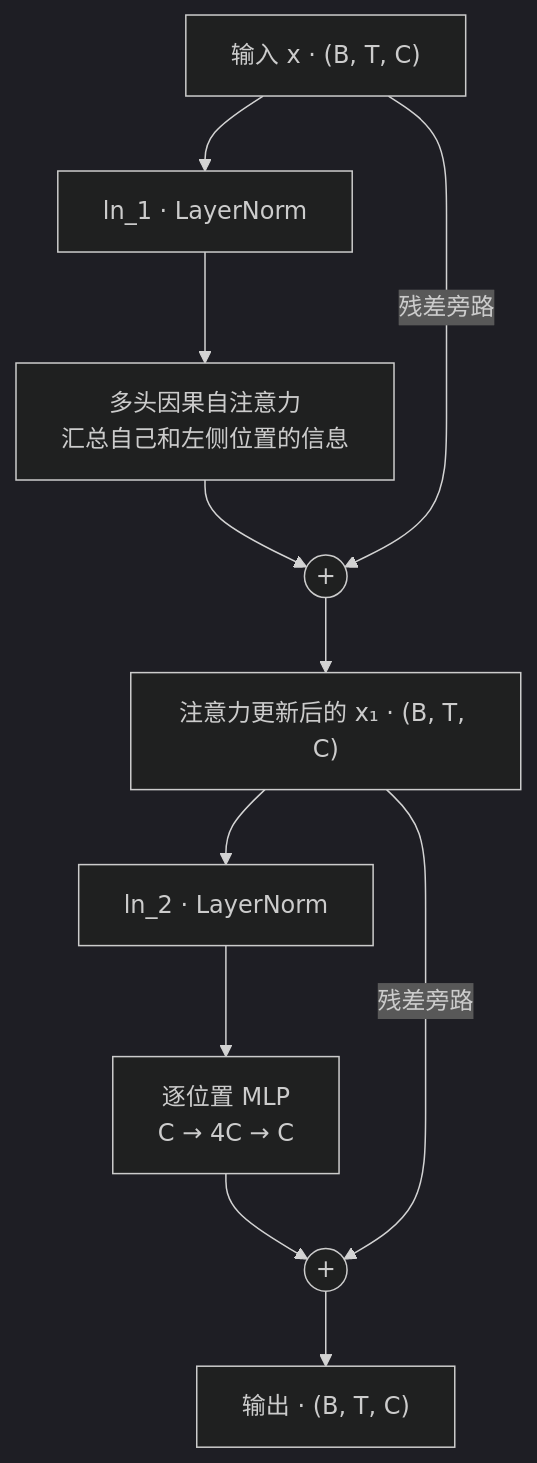
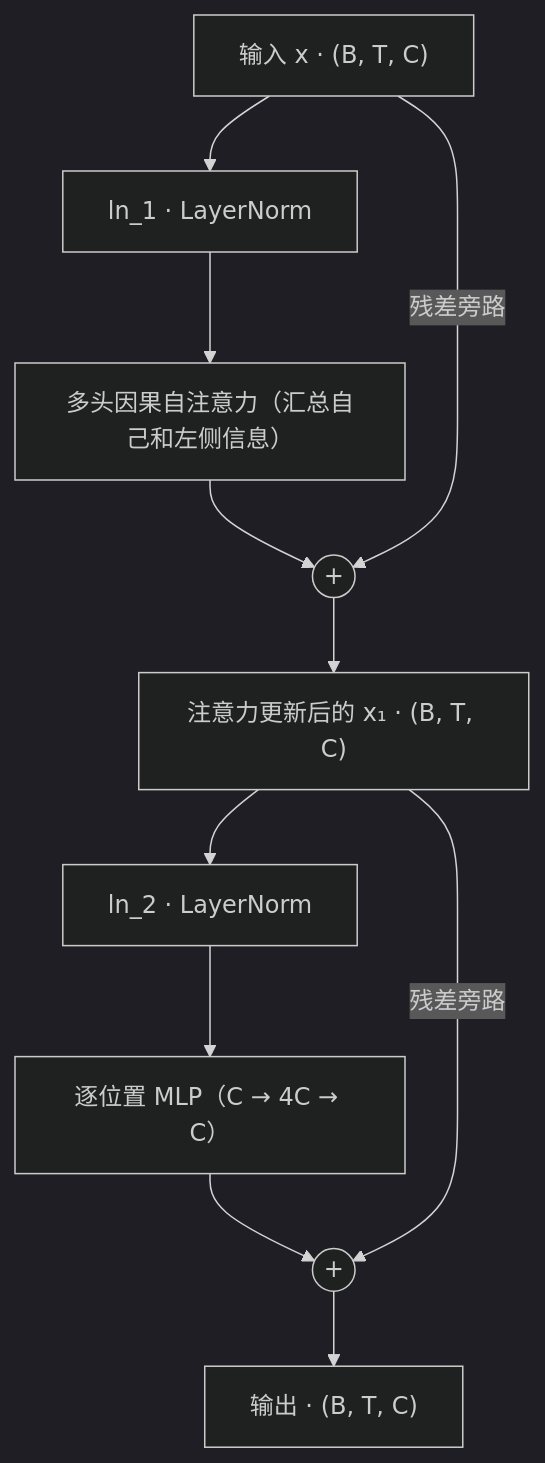
Before and after one commit to Sumire-no-kai/GPT2-from-scratch: the second of 2 diagrams in notes/qa/02-model.md, drawn with Mermaid (dark theme). The commit also changed other lines of this file and 1 other file, not shown here.

````diff
--- a/notes/qa/02-model.md
+++ b/notes/qa/02-model.md
@@ -423,13 +421,13 @@
 ```mermaid
 flowchart TD
     x["输入 x · (B, T, C)"] --> ln1["ln_1 · LayerNorm"]
-    ln1 --> attn["多头因果自注意力<br/>汇总自己和左侧位置的信息"]
+    ln1 --> attn["多头因果自注意力（汇总自己和左侧信息）"]
     attn --> add1(("+"))
     x -->|"残差旁路"| add1
     add1 --> x1["注意力更新后的 x₁ · (B, T, C)"]
     x1 --> ln2["ln_2 · LayerNorm"]
-    ln2 --> mlp["逐位置 MLP<br/>C → 4C → C"]
+    ln2 --> mlp["逐位置 MLP（C → 4C → C）"]
     mlp --> add2(("+"))
     x1 -->|"残差旁路"| add2
     add2 --> out["输出 · (B, T, C)"]
 ```
````
